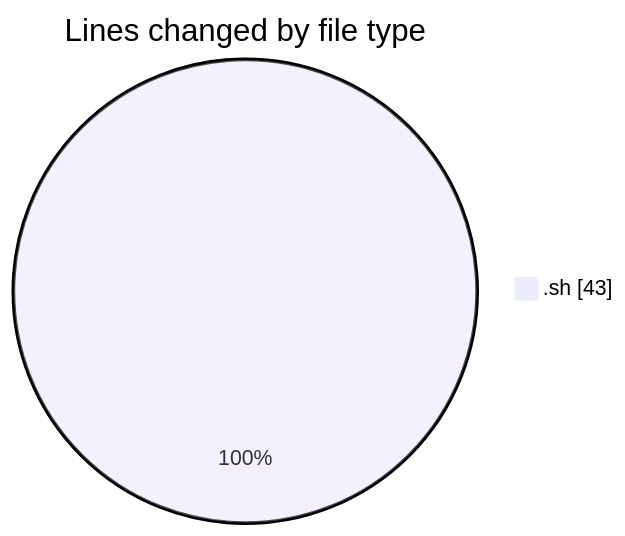
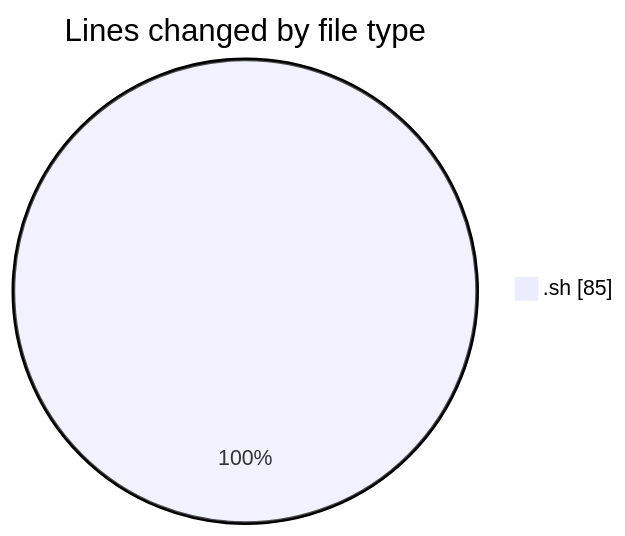
One commit to EIIisD/code-tracking changed the first of 2 diagrams in 2025-08-13/_raycast/README.md. Above: the diagram before and after it, drawn with Mermaid. The commit also changed other lines of this file and 1 other file, not shown here.

````diff
--- a/2025-08-13/_raycast/README.md
+++ b/2025-08-13/_raycast/README.md
@@ -21,5 +22,5 @@
 ```mermaid
 pie showData
 title Lines changed by file type
-".sh" : 43
+".sh" : 85
 ```
````
